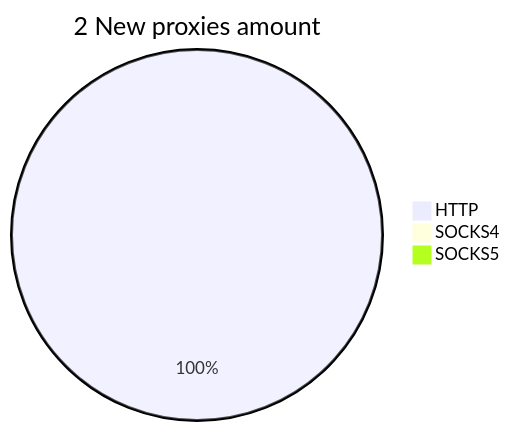
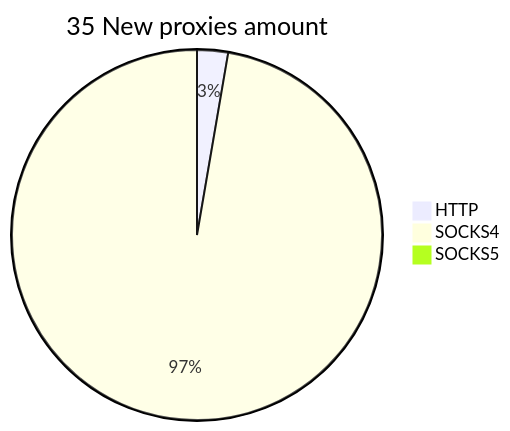
One commit to cutipu/proxylist changed the second of 2 diagrams in README.md. Above: the diagram before and after it, drawn with Mermaid. The commit also changed other lines of this file, not shown here.

````diff
--- a/README.md
+++ b/README.md
@@ -10,6 +10,6 @@
 ```mermaid
-pie title 2 New proxies amount
-    "HTTP" : 3
-    "SOCKS4" : 0
+pie title 35 New proxies amount
+    "HTTP" : 1
+    "SOCKS4" : 36
     "SOCKS5" : 0
 ```
````
